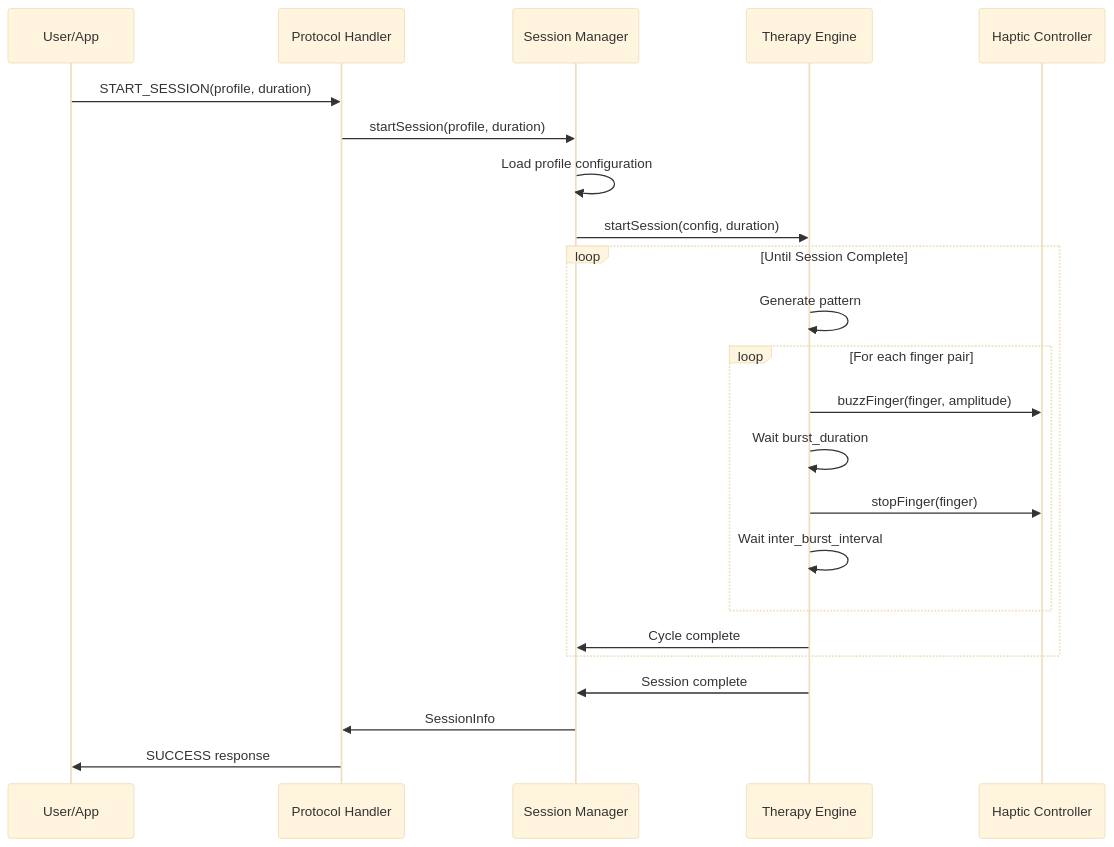
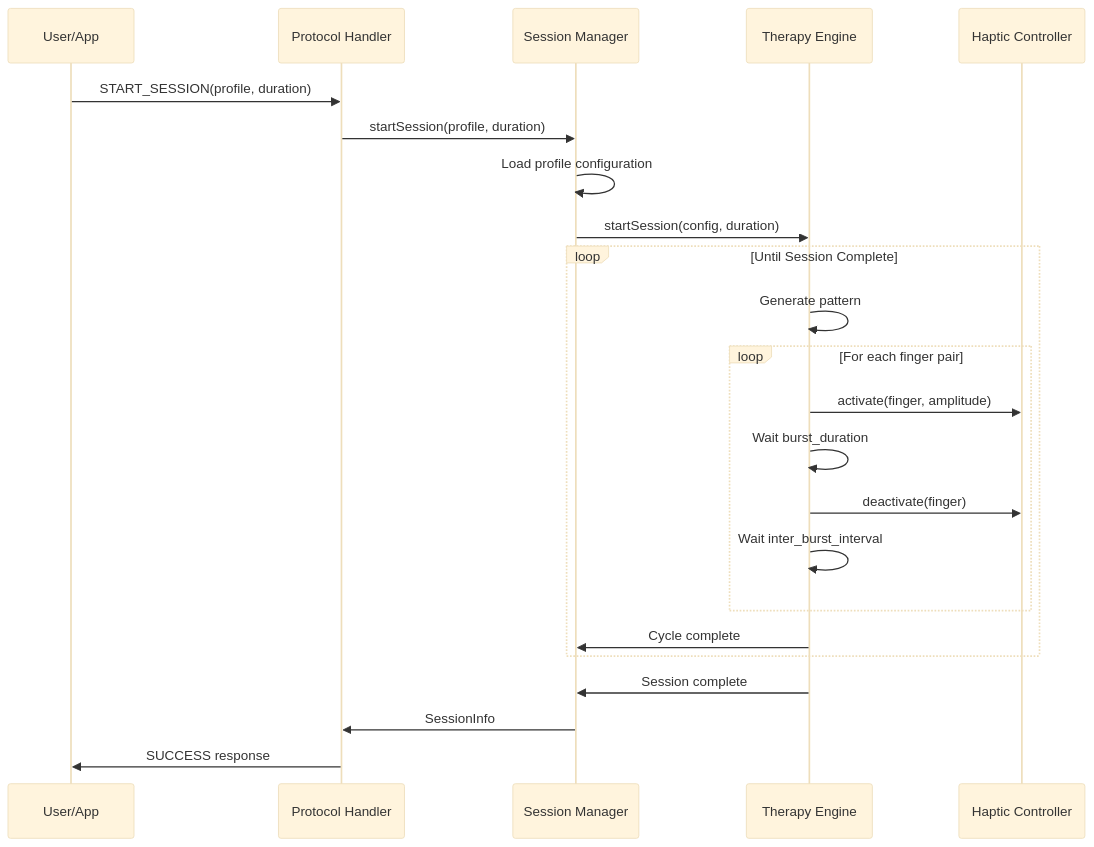
One commit to BlueBuzzah/BlueBuzzah-Firmware changed the fourth of 5 diagrams in docs/ARCHITECTURE.md. Above: the diagram before and after it, drawn with Mermaid (base theme). The commit also changed other lines of this file and 5 other files, not shown here.

````diff
--- a/docs/ARCHITECTURE.md
+++ b/docs/ARCHITECTURE.md
@@ -1302,28 +1355,28 @@
 ```mermaid
 sequenceDiagram
     participant U as User/App
     participant P as Protocol Handler
     participant SM as Session Manager
     participant TE as Therapy Engine
     participant H as Haptic Controller
 
     U->>P: START_SESSION(profile, duration)
     P->>SM: startSession(profile, duration)
     SM->>SM: Load profile configuration
     SM->>TE: startSession(config, duration)
 
     loop Until Session Complete
         TE->>TE: Generate pattern
         loop For each finger pair
-            TE->>H: buzzFinger(finger, amplitude)
+            TE->>H: activate(finger, amplitude)
             TE->>TE: Wait burst_duration
-            TE->>H: stopFinger(finger)
+            TE->>H: deactivate(finger)
             TE->>TE: Wait inter_burst_interval
         end
         TE->>SM: Cycle complete
     end
 
     TE->>SM: Session complete
     SM->>P: SessionInfo
     P->>U: SUCCESS response
 ```
````
